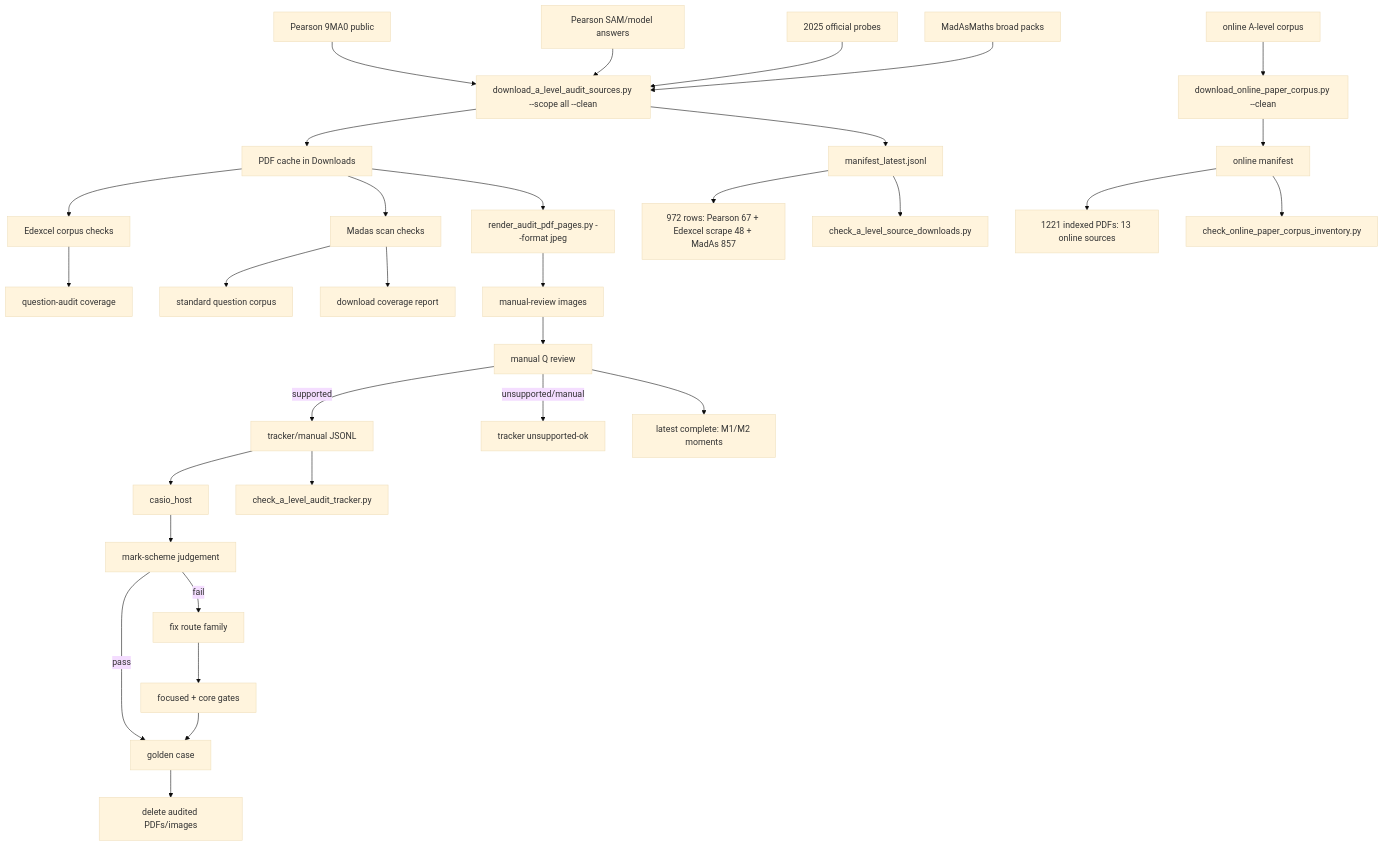
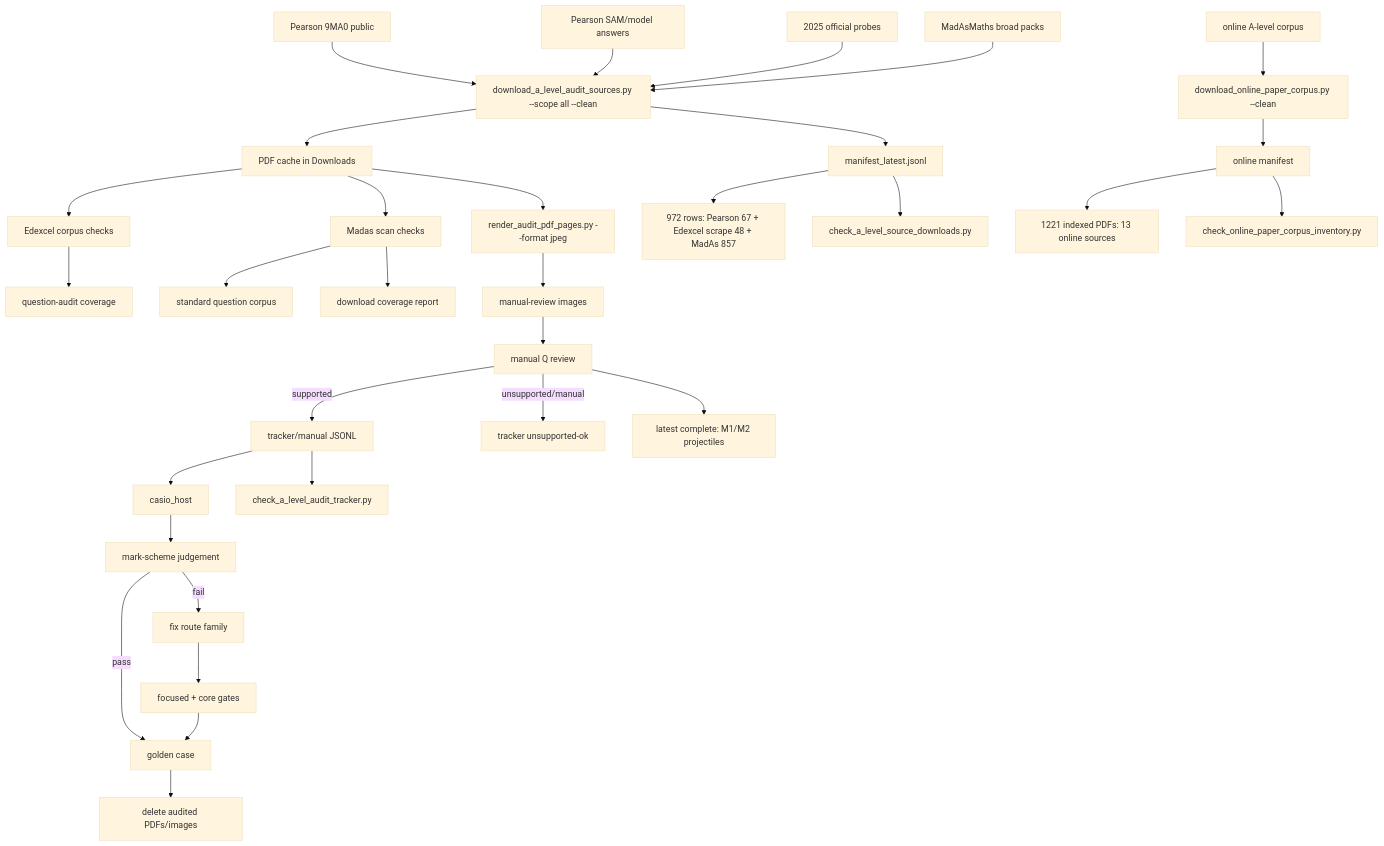
Before and after one commit to james8464/notes-addin-casio-fx-cg50: the diagram in c++/tools/golden/a_level_audit_graph.md, drawn with Mermaid (base theme). The commit also changed other lines of this file and 2 other files, not shown here.

Commit message:
Audit M1 M2 projectiles booklet

````diff
--- a/c++/tools/golden/a_level_audit_graph.md
+++ b/c++/tools/golden/a_level_audit_graph.md
@@ -3,34 +3,34 @@
 ```mermaid
 graph TD
   E1["Pearson 9MA0 public"] --> D["download_a_level_audit_sources.py --scope all --clean"]
   E2["Pearson SAM/model answers"] --> D
   E3["2025 official probes"] --> D
   M1["MadAsMaths broad packs"] --> D
   O1["online A-level corpus"] --> OD["download_online_paper_corpus.py --clean"]
   D --> P["PDF cache in Downloads"]
   D --> X["manifest_latest.jsonl"]
   OD --> OX["online manifest"]
   X --> XC["972 rows: Pearson 67 + Edexcel scrape 48 + MadAs 857"]
   OX --> OC["1221 indexed PDFs: 13 online sources"]
   X --> V["check_a_level_source_downloads.py"]
   OX --> OV["check_online_paper_corpus_inventory.py"]
   P --> E["Edexcel corpus checks"]
   E --> EQ["question-audit coverage"]
   P --> S["Madas scan checks"]
   S --> M["standard question corpus"]
   S --> MC["download coverage report"]
   P --> R["render_audit_pdf_pages.py --format jpeg"]
   R --> I["manual-review images"]
   I --> Q["manual Q review"]
   Q -->|supported| J["tracker/manual JSONL"]
   Q -->|unsupported/manual| U["tracker unsupported-ok"]
   J --> H["casio_host"]
   J --> K["check_a_level_audit_tracker.py"]
   H --> C["mark-scheme judgement"]
   C -->|pass| G["golden case"]
   C -->|fail| F["fix route family"]
   F --> T["focused + core gates"]
   T --> G
   G --> Z["delete audited PDFs/images"]
-  Q --> Qt["latest complete: M1/M2 moments"]
+  Q --> Qt["latest complete: M1/M2 projectiles"]
 ```
````
